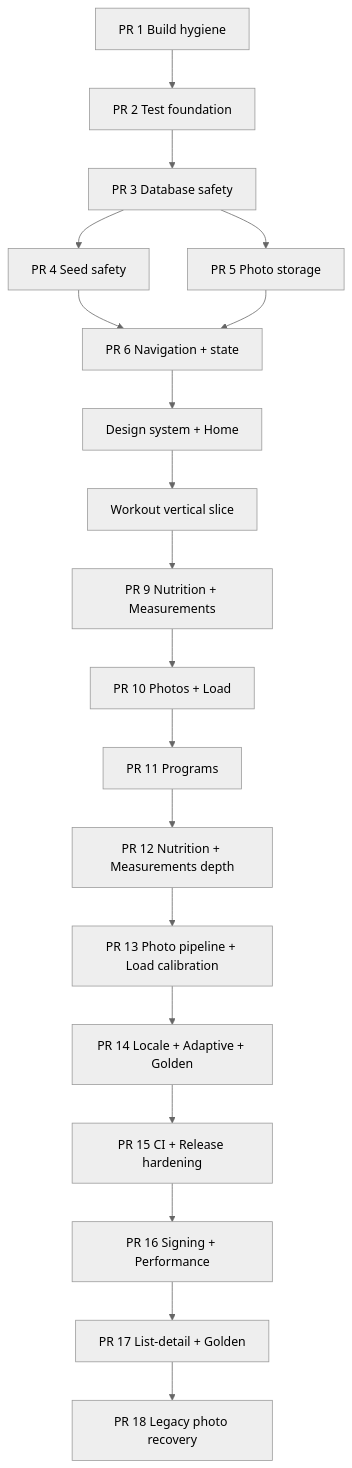
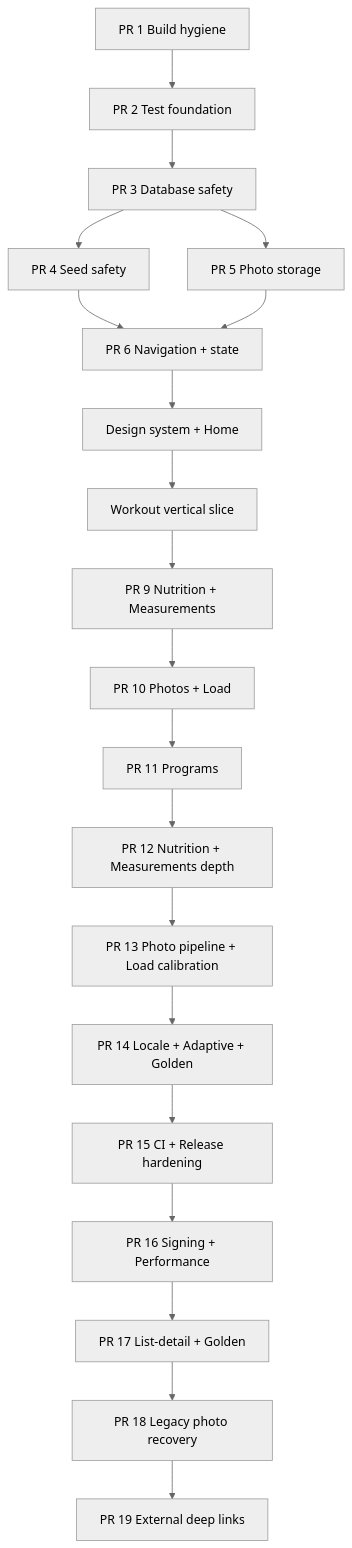
One commit to MehmetKucukOfficial/GymTracker changed the diagram in docs/obsidian/roadmap/ROADMAP_EXECUTION_GRAPH.md. Above: the diagram before and after it, drawn with Mermaid (neutral theme). The commit also changed other lines of this file and 8 other files, not shown here.

Commit message:
docs: map external deep-link contract

````diff
--- a/docs/obsidian/roadmap/ROADMAP_EXECUTION_GRAPH.md
+++ b/docs/obsidian/roadmap/ROADMAP_EXECUTION_GRAPH.md
@@ -14,21 +14,22 @@
 ```mermaid
 flowchart TD
     PR1[PR 1 Build hygiene] --> PR2[PR 2 Test foundation]
     PR2 --> PR3[PR 3 Database safety]
     PR3 --> PR4[PR 4 Seed safety]
     PR3 --> PR5[PR 5 Photo storage]
     PR4 --> PR6[PR 6 Navigation + state]
     PR5 --> PR6
     PR6 --> UI[Design system + Home]
     UI --> WO[Workout vertical slice]
     WO --> N[PR 9 Nutrition + Measurements]
     N --> P[PR 10 Photos + Load]
     P --> PG[PR 11 Programs]
     PG --> ND[PR 12 Nutrition + Measurements depth]
     ND --> PC[PR 13 Photo pipeline + Load calibration]
     PC --> AL[PR 14 Locale + Adaptive + Golden]
     AL --> B[PR 15 CI + Release hardening]
     B --> RP[PR 16 Signing + Performance]
     RP --> LG[PR 17 List-detail + Golden]
     LG --> LR[PR 18 Legacy photo recovery]
+    LR --> DL[PR 19 External deep links]
 ```
````
